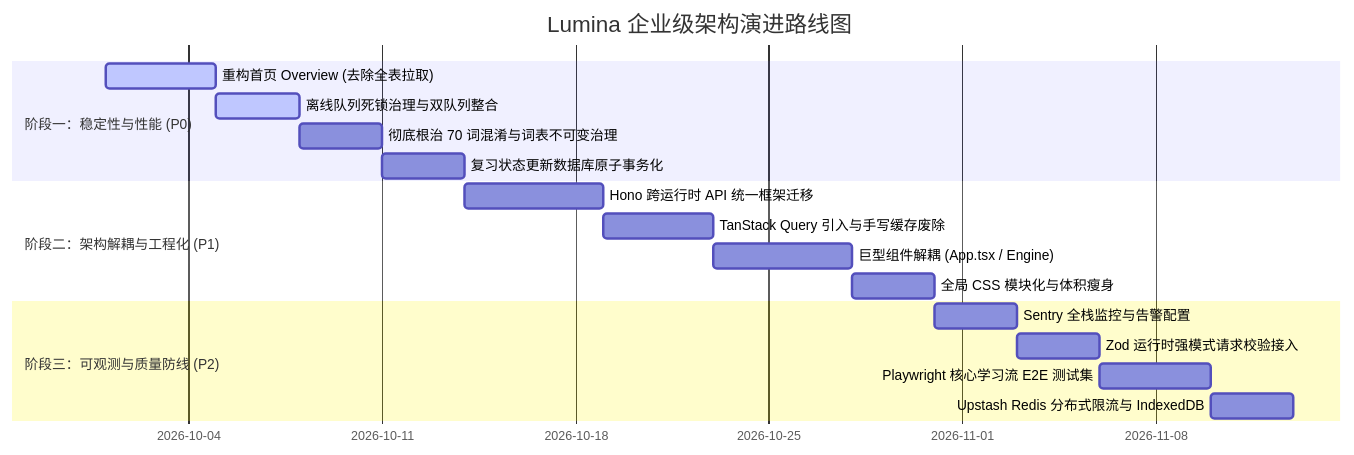
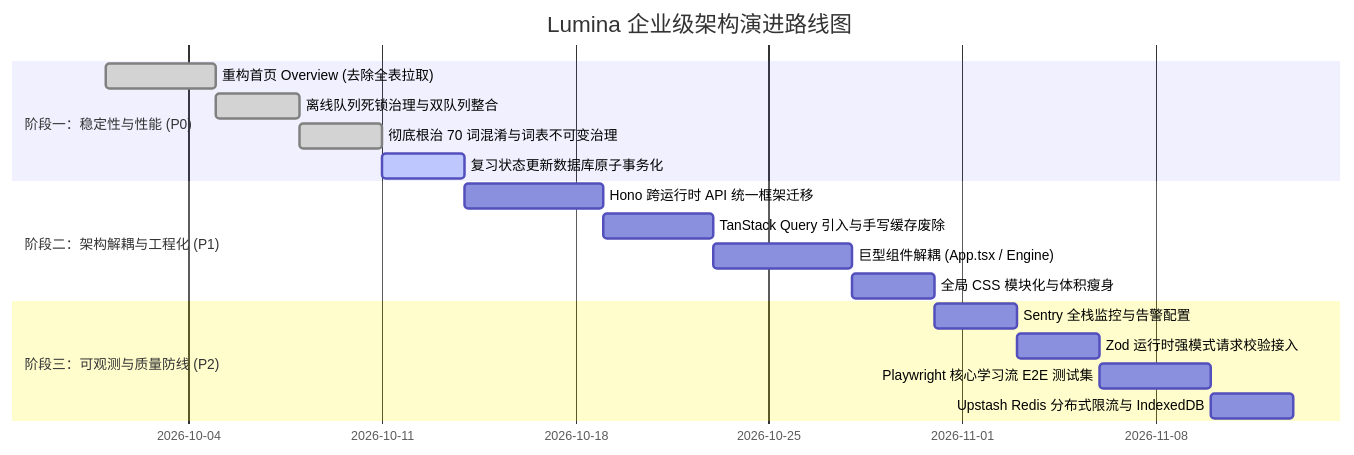
The diagram in docs/enterprise-refactoring-roadmap.md (ZhangJunQiu-Alan/Lumina), drawn with Mermaid before and after one commit. The commit also changed other lines of this file, not shown here.

Commit message:
docs(roadmap): update progress for task 1.2 and 1.3 completion

````diff
--- a/docs/enterprise-refactoring-roadmap.md
+++ b/docs/enterprise-refactoring-roadmap.md
@@ -561,22 +573,22 @@
 ```mermaid
 gantt
     title Lumina 企业级架构演进路线图
     dateFormat  YYYY-MM-DD
     section 阶段一：稳定性与性能 (P0)
-    重构首页 Overview (去除全表拉取)     :active, p1_1, 2026-10-01, 4d
-    离线队列死锁治理与双队列整合        :active, p1_2, 2026-10-05, 3d
-    彻底根治 70 词混淆与词表不可变治理  :p1_3, 2026-10-08, 3d
-    复习状态更新数据库原子事务化        :p1_4, 2026-10-11, 3d
+    重构首页 Overview (去除全表拉取)     :done, p1_1, 2026-10-01, 4d
+    离线队列死锁治理与双队列整合        :done, p1_2, 2026-10-05, 3d
+    彻底根治 70 词混淆与词表不可变治理  :done, p1_3, 2026-10-08, 3d
+    复习状态更新数据库原子事务化        :active, p1_4, 2026-10-11, 3d
     
     section 阶段二：架构解耦与工程化 (P1)
     Hono 跨运行时 API 统一框架迁移      :p2_1, 2026-10-14, 5d
     TanStack Query 引入与手写缓存废除   :p2_2, 2026-10-19, 4d
     巨型组件解耦 (App.tsx / Engine)    :p2_3, 2026-10-23, 5d
     全局 CSS 模块化与体积瘦身          :p2_4, 2026-10-28, 3d
 
     section 阶段三：可观测与质量防线 (P2)
     Sentry 全栈监控与告警配置          :p3_1, 2026-10-31, 3d
     Zod 运行时强模式请求校验接入        :p3_2, 2026-11-03, 3d
     Playwright 核心学习流 E2E 测试集    :p3_3, 2026-11-06, 4d
     Upstash Redis 分布式限流与 IndexedDB:p3_4, 2026-11-10, 3d
 ```
````
